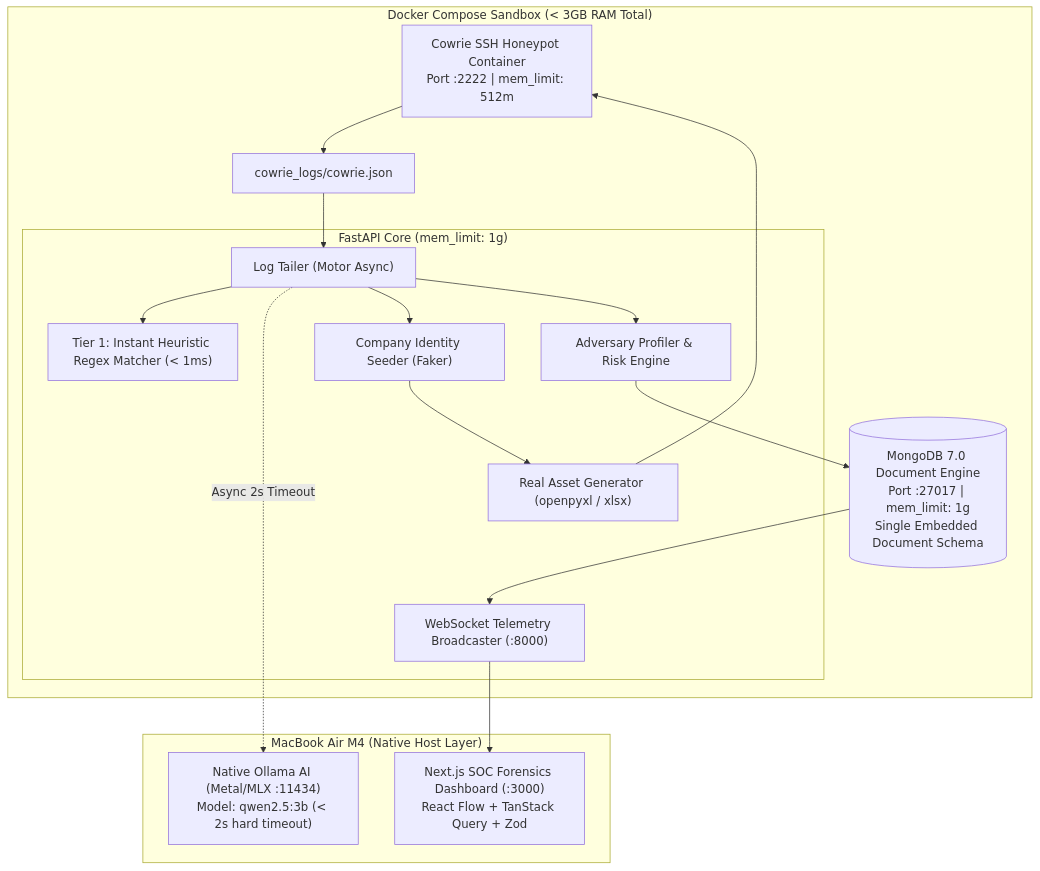
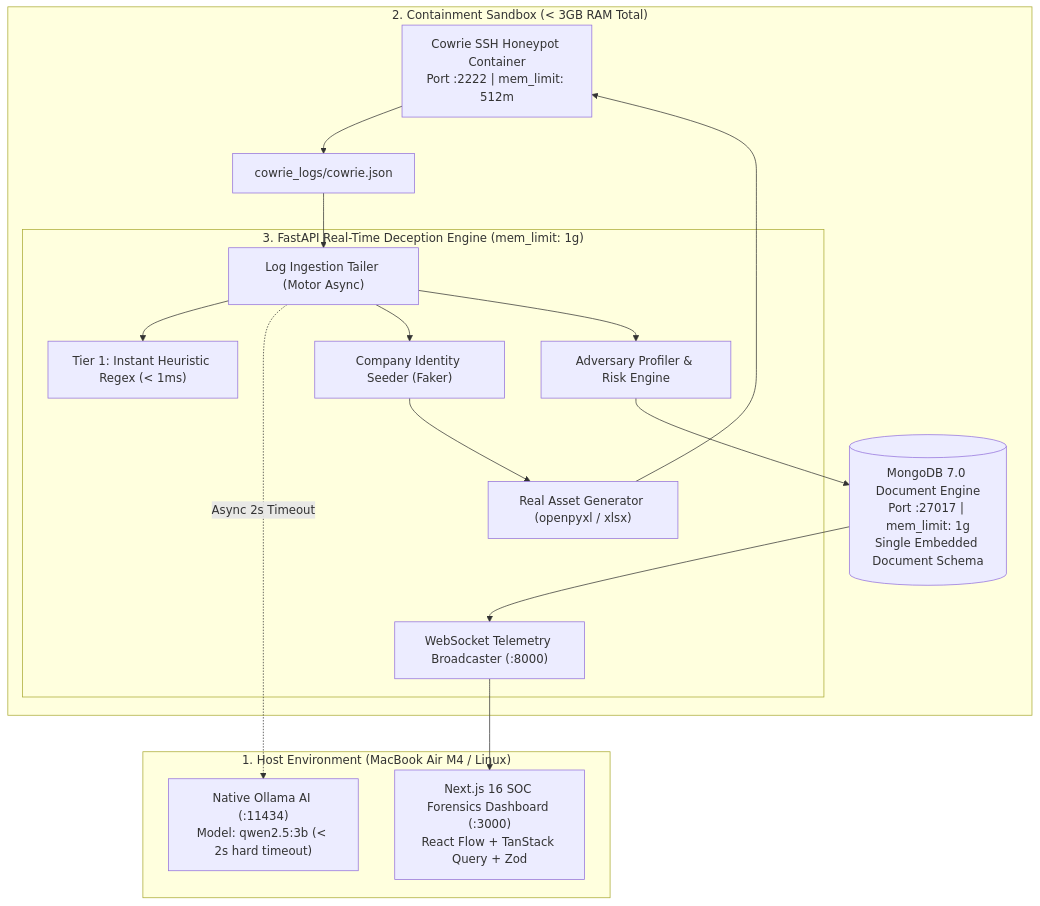
One commit to prathameshmore07/honeynet changed the diagram in README.md. Above: the diagram before and after it, drawn with Mermaid. The commit also changed other lines of this file and 5 other files, not shown here.

````diff
--- a/README.md
+++ b/README.md
@@ -36,31 +60,31 @@
 ```mermaid
 flowchart TD
-    subgraph HostMacOS ["MacBook Air M4 (Native Host Layer)"]
-        NativeOllama["Native Ollama AI (Metal/MLX :11434)<br>Model: qwen2.5:3b (< 2s hard timeout)"]
-        NextJS["Next.js SOC Forensics Dashboard (:3000)<br>React Flow + TanStack Query + Zod"]
+    subgraph HostLayer ["1. Host Environment (MacBook Air M4 / Linux)"]
+        NativeOllama["Native Ollama AI (:11434)<br>Model: qwen2.5:3b (< 2s hard timeout)"]
+        NextJS["Next.js 16 SOC Forensics Dashboard (:3000)<br>React Flow + TanStack Query + Zod"]
     end
 
-    subgraph DockerContainment ["Docker Compose Sandbox (< 3GB RAM Total)"]
+    subgraph DockerContainment ["2. Containment Sandbox (< 3GB RAM Total)"]
         Cowrie["Cowrie SSH Honeypot Container<br>Port :2222 | mem_limit: 512m"]
         CowrieLog["cowrie_logs/cowrie.json"]
         
         MongoDB[("MongoDB 7.0 Document Engine<br>Port :27017 | mem_limit: 1g<br>Single Embedded Document Schema")]
         
-        subgraph FastAPIBackend ["FastAPI Core (mem_limit: 1g)"]
-            Tailer["Log Tailer (Motor Async)"]
-            RegexEngine["Tier 1: Instant Heuristic Regex Matcher (< 1ms)"]
+        subgraph FastAPIBackend ["3. FastAPI Real-Time Deception Engine (mem_limit: 1g)"]
+            Tailer["Log Ingestion Tailer (Motor Async)"]
+            RegexEngine["Tier 1: Instant Heuristic Regex (< 1ms)"]
             IdSeeder["Company Identity Seeder (Faker)"]
             AssetEngine["Real Asset Generator (openpyxl / xlsx)"]
             Profiler["Adversary Profiler & Risk Engine"]
             WSManager["WebSocket Telemetry Broadcaster (:8000)"]
         end
 
         Cowrie --> CowrieLog
         CowrieLog --> Tailer
         Tailer --> RegexEngine
         Tailer -.->|Async 2s Timeout| NativeOllama
         Tailer --> IdSeeder --> AssetEngine --> Cowrie
         Tailer --> Profiler --> MongoDB
         MongoDB --> WSManager --> NextJS
     end
 ```
````
